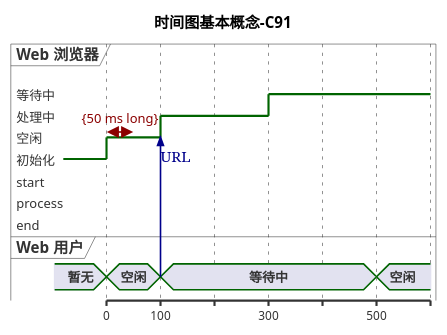
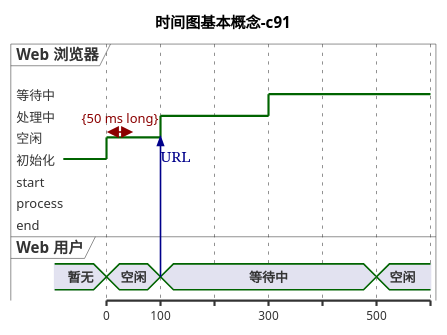
The first of 2 diagrams in examples/10_time_charts.puml (securitgithub/plantumlforvscode), drawn with PlantUML before and after one commit. The commit also changed other lines of this file and 43 other files, not shown here.

```diff
--- a/examples/10_time_charts.puml
+++ b/examples/10_time_charts.puml
@@ -1,31 +1,31 @@
 @startuml
-title 时间图基本概念-C91
+title 时间图基本概念-c91
 
 robust  "Web 浏览器" as wb
 concise "Web 用户"   as wu
 
 wb is 初始化
 wu is 暂无
 
 wb has start,process,end
 
 @500 as :end
 
 @0 as :start
 wb is 空闲
 wu is 空闲
 
 @wb
 wb@0 <--> @50 : {50 ms long}
 
 @+100
 wu -> wb: URL
 wu is 等待中
 wb is 处理中
 
 @300
 wb is 等待中
 
 @:end
 wu is 空闲
 @enduml
```
